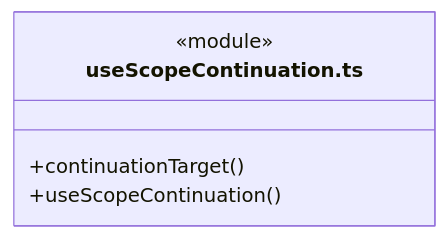
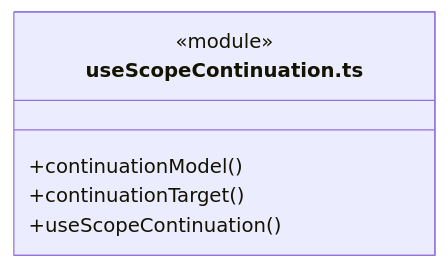
One commit to nan023062/cbim changed diagram 41 of 54 in src/frontend/tasks/ARCHITECTURE.md. Above: the diagram before and after it, drawn with Mermaid. The commit also changed other lines of this file and 65 other files, not shown here.

````diff
--- a/src/frontend/tasks/ARCHITECTURE.md
+++ b/src/frontend/tasks/ARCHITECTURE.md
@@ -658,8 +843,9 @@
 ```mermaid
 classDiagram
 class N_src_frontend_tasks_useScopeContinuation_ts["useScopeContinuation.ts"] {
   <<module>>
+  +continuationModel()
   +continuationTarget()
   +useScopeContinuation()
 }
 ```
````
